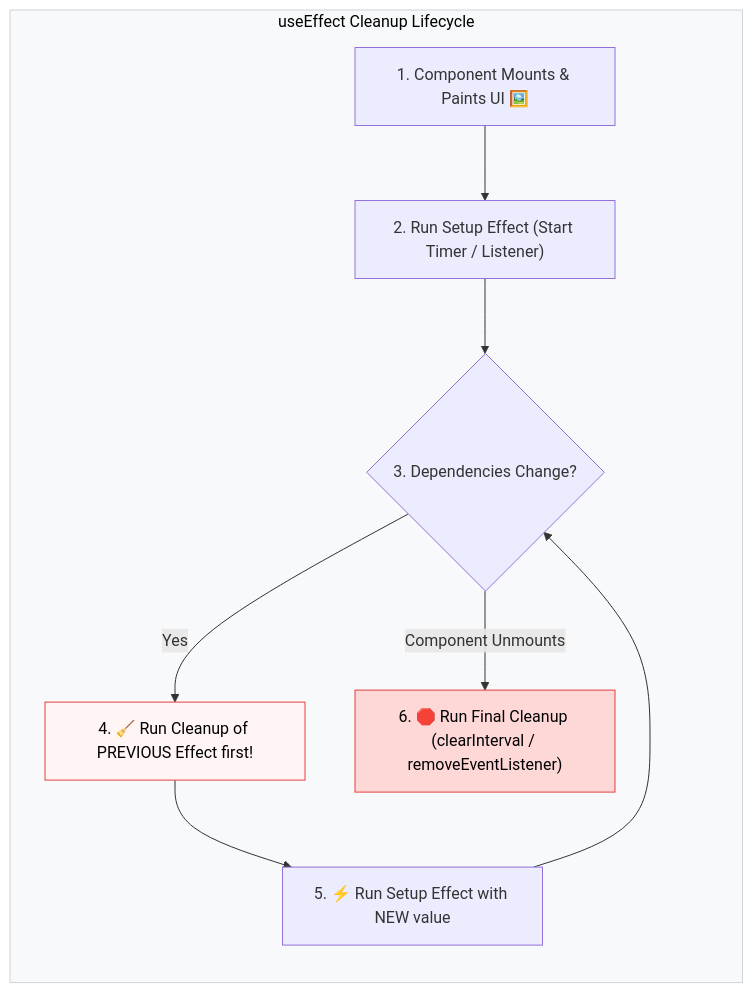
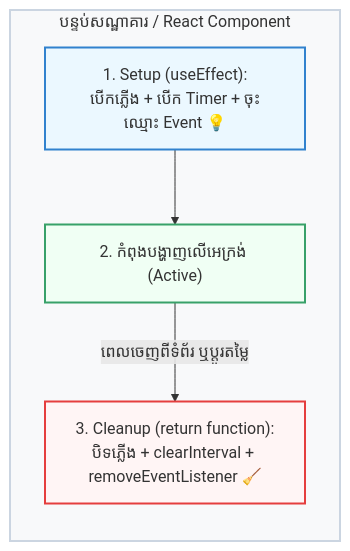
The first of 2 diagrams in src/courses/react/module-4-useeffect/03-cleanup-function-memory.mdx (Ari-ICU/full-stack-short-coures), drawn with Mermaid before and after one commit. The commit also changed other lines of this file and 4 other files, not shown here.

````diff
--- a/src/courses/react/module-4-useeffect/03-cleanup-function-memory.mdx
+++ b/src/courses/react/module-4-useeffect/03-cleanup-function-memory.mdx
@@ -25,18 +47,13 @@
 ```mermaid
 flowchart TD
-    subgraph Lifecycle["useEffect Cleanup Lifecycle"]
+    subgraph Room["បន្ទប់សណ្ឋាគារ / React Component"]
         direction TB
-        M1["1. Component Mounts & Paints UI 🖼️"] --> M2["2. Run Setup Effect (Start Timer / Listener)"]
-        M2 --> M3{"3. Dependencies Change?"}
-        
-        M3 -->|"Yes"| M4["4. 🧹 Run Cleanup of PREVIOUS Effect first!"]
-        M4 --> M5["5. ⚡ Run Setup Effect with NEW value"]
-        M5 --> M3
-
-        M3 -->|"Component Unmounts"| M6["6. 🛑 Run Final Cleanup (clearInterval / removeEventListener)"]
+        S["1. Setup (useEffect):<br/>បើកភ្លើង + បើក Timer + ចុះឈ្មោះ Event 💡"] --> Live["2. កំពុងបង្ហាញលើអេក្រង់ (Active)"]
+        Live -->|ពេលចេញពីទំព័រ ឬប្តូរតម្លៃ| C["3. Cleanup (return function):<br/>បិទភ្លើង + clearInterval + removeEventListener 🧹"]
     end
 
-    style Lifecycle fill:#f8f9fa,stroke:#ced4da,color:#000
-    style M4 fill:#fff5f5,stroke:#e53e3e,color:#000
-    style M6 fill:#fed7d7,stroke:#e53e3e,color:#000
+    style Room fill:#f8f9fa,stroke:#cbd5e1,stroke-width:2px
+    style S fill:#ebf8ff,stroke:#3182ce,stroke-width:2px
+    style Live fill:#f0fff4,stroke:#38a169,stroke-width:2px
+    style C fill:#fff5f5,stroke:#e53e3e,stroke-width:2px
 ```
````
